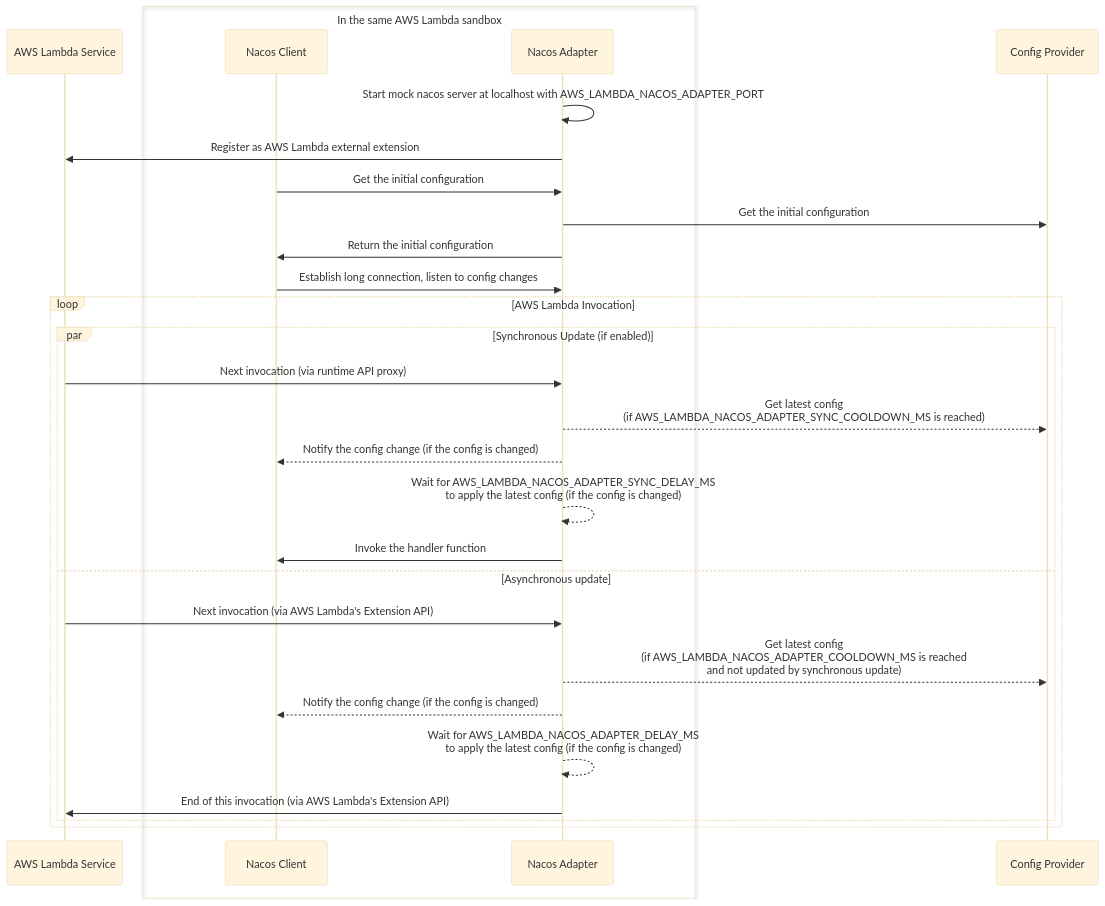
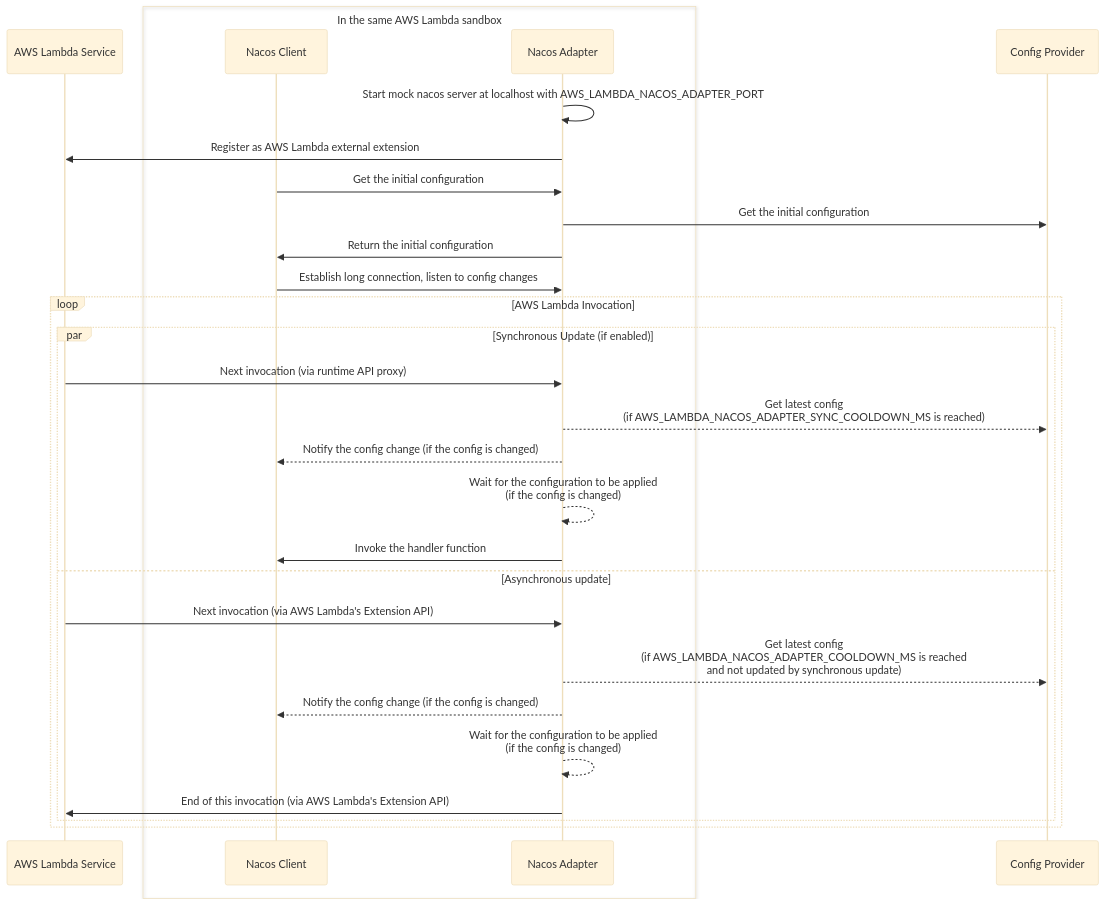
One commit to aws-samples/nacos-adapter-demo-on-aws-lambda changed the diagram in README.md. Above: the diagram before and after it, drawn with Mermaid (base theme). The commit also changed other lines of this file and 4 other files, not shown here.

Commit message:
refactor: remove delay, wait until client report the latest config

````diff
--- a/README.md
+++ b/README.md
@@ -128,32 +115,32 @@
 ```mermaid
 sequenceDiagram
   participant L as AWS Lambda Service
   participant C as Nacos Client
   participant A as Nacos Adapter
   participant S as Config Provider
   box In the same AWS Lambda sandbox
     participant C
     participant A
   end
   A->>A: Start mock nacos server at localhost with AWS_LAMBDA_NACOS_ADAPTER_PORT
   A->>L: Register as AWS Lambda external extension
   C->>A: Get the initial configuration
   A->>S: Get the initial configuration
   A->>C: Return the initial configuration
   C->>A: Establish long connection, listen to config changes
   loop AWS Lambda Invocation
     par Synchronous Update (if enabled)
       L->>A: Next invocation (via runtime API proxy)
       A-->>S: Get latest config <br/> (if AWS_LAMBDA_NACOS_ADAPTER_SYNC_COOLDOWN_MS is reached)
       A-->>C: Notify the config change (if the config is changed)
-      A-->>A: Wait for AWS_LAMBDA_NACOS_ADAPTER_SYNC_DELAY_MS <br/> to apply the latest config (if the config is changed)
+      A-->>A: Wait for the configuration to be applied <br/> (if the config is changed)
       A->>C: Invoke the handler function
     and Asynchronous update
       L->>A: Next invocation (via AWS Lambda's Extension API)
       A-->>S: Get latest config <br/> (if AWS_LAMBDA_NACOS_ADAPTER_COOLDOWN_MS is reached <br/> and not updated by synchronous update)
       A-->>C: Notify the config change (if the config is changed)
-      A-->>A: Wait for AWS_LAMBDA_NACOS_ADAPTER_DELAY_MS <br/> to apply the latest config (if the config is changed)
+      A-->>A: Wait for the configuration to be applied <br/> (if the config is changed)
       A->>L: End of this invocation (via AWS Lambda's Extension API)
     end
   end
 ```
````
